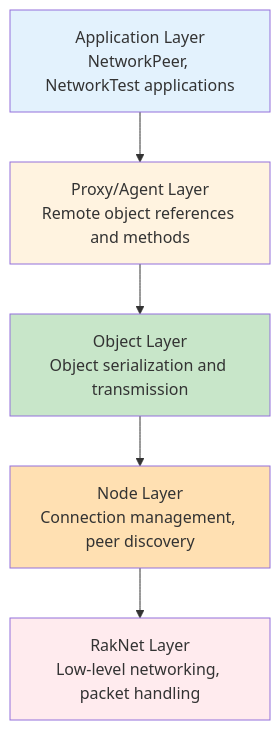
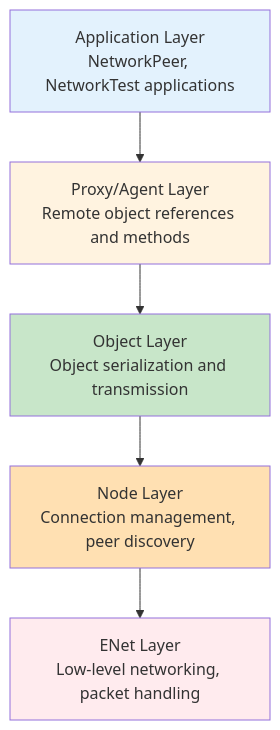
The third of 3 diagrams in Doc/NetworkArchitecture.md (cschladetsch/CppKAI), drawn with Mermaid before and after one commit. The commit also changed other lines of this file and 136 other files, not shown here.

Commit message:
Remove RakNet and add ENet transport abstraction

````diff
--- a/Doc/NetworkArchitecture.md
+++ b/Doc/NetworkArchitecture.md
@@ -141,19 +141,19 @@
 ```mermaid
 graph TB
     APP[Application Layer<br/>NetworkPeer, NetworkTest applications]
     PROXY[Proxy/Agent Layer<br/>Remote object references and methods]
     OBJ[Object Layer<br/>Object serialization and transmission]
     NODE[Node Layer<br/>Connection management, peer discovery]
-    RAKNET[RakNet Layer<br/>Low-level networking, packet handling]
+    ENET[ENet Layer<br/>Low-level networking, packet handling]
 
     APP --> PROXY
     PROXY --> OBJ
     OBJ --> NODE
-    NODE --> RAKNET
+    NODE --> ENET
 
     style APP fill:#e3f2fd
     style PROXY fill:#fff3e0
     style OBJ fill:#c8e6c9
     style NODE fill:#ffe0b2
-    style RAKNET fill:#ffebee
+    style ENET fill:#ffebee
 ```
````
